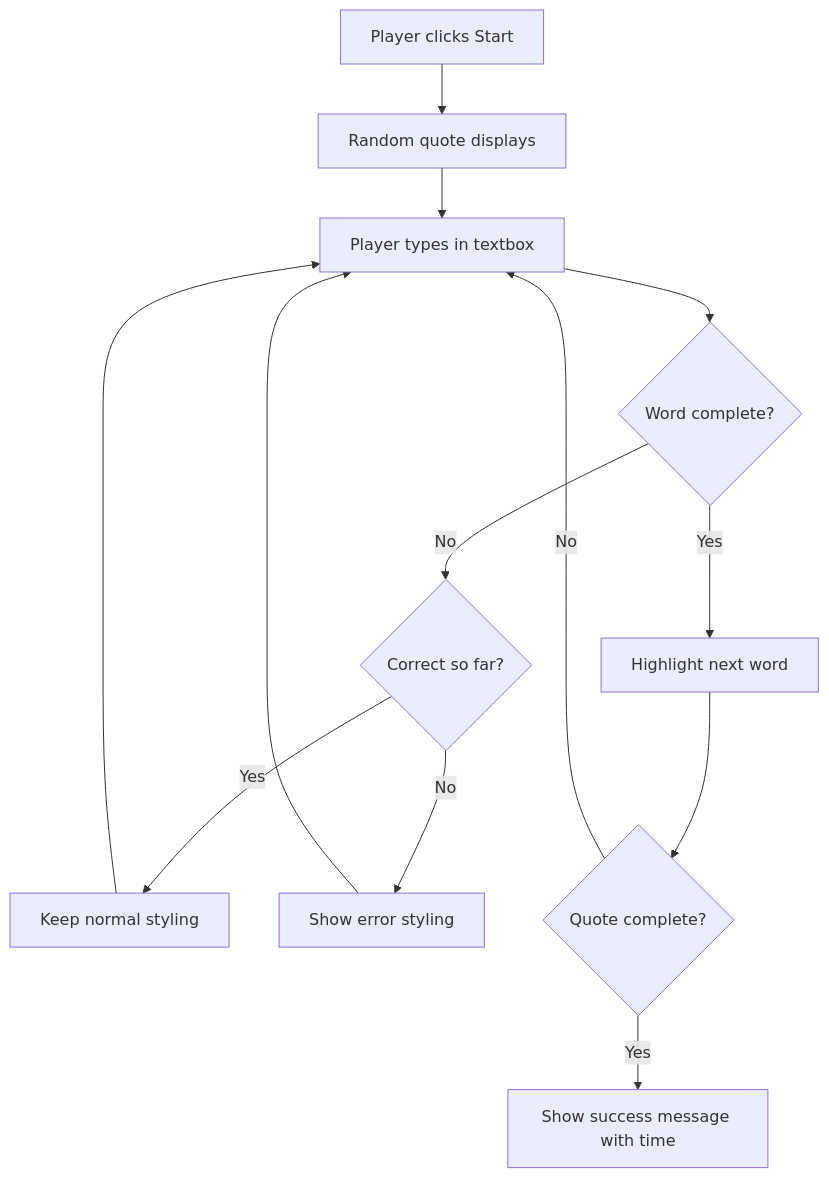
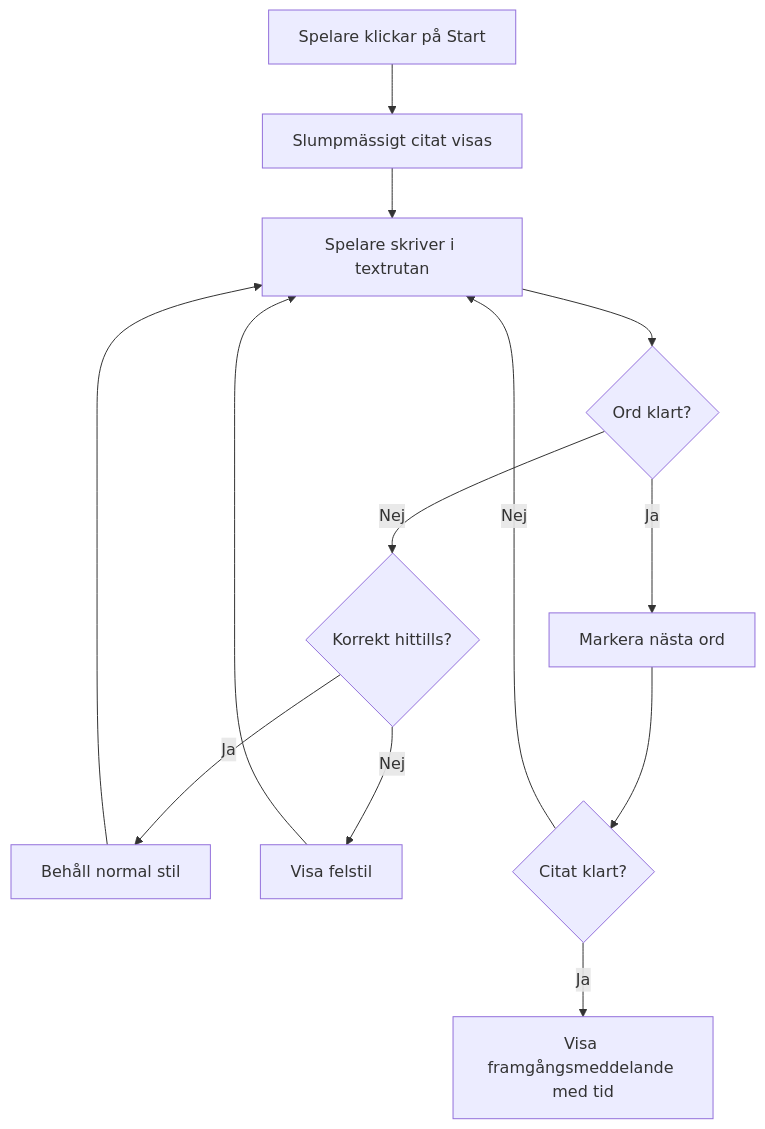
The first of 3 diagrams in translations/sv/4-typing-game/typing-game/README.md (microsoft/Web-Dev-For-Beginners), drawn with Mermaid before and after one commit. The commit also changed other lines of this file and 99 other files, not shown here.

````diff
--- a/translations/sv/4-typing-game/typing-game/README.md
+++ b/translations/sv/4-typing-game/typing-game/README.md
@@ -69,15 +69,15 @@
 ```mermaid
 flowchart TD
-    A[Player clicks Start] --> B[Random quote displays]
-    B --> C[Player types in textbox]
-    C --> D{Word complete?}
-    D -->|Yes| E[Highlight next word]
-    D -->|No| F{Correct so far?}
-    F -->|Yes| G[Keep normal styling]
-    F -->|No| H[Show error styling]
-    E --> I{Quote complete?}
-    I -->|No| C
-    I -->|Yes| J[Show success message with time]
+    A[Spelare klickar på Start] --> B[Slumpmässigt citat visas]
+    B --> C[Spelare skriver i textrutan]
+    C --> D{Ord klart?}
+    D -->|Ja| E[Markera nästa ord]
+    D -->|Nej| F{Korrekt hittills?}
+    F -->|Ja| G[Behåll normal stil]
+    F -->|Nej| H[Visa felstil]
+    E --> I{Citat klart?}
+    I -->|Nej| C
+    I -->|Ja| J[Visa framgångsmeddelande med tid]
     G --> C
     H --> C
 ```
````
